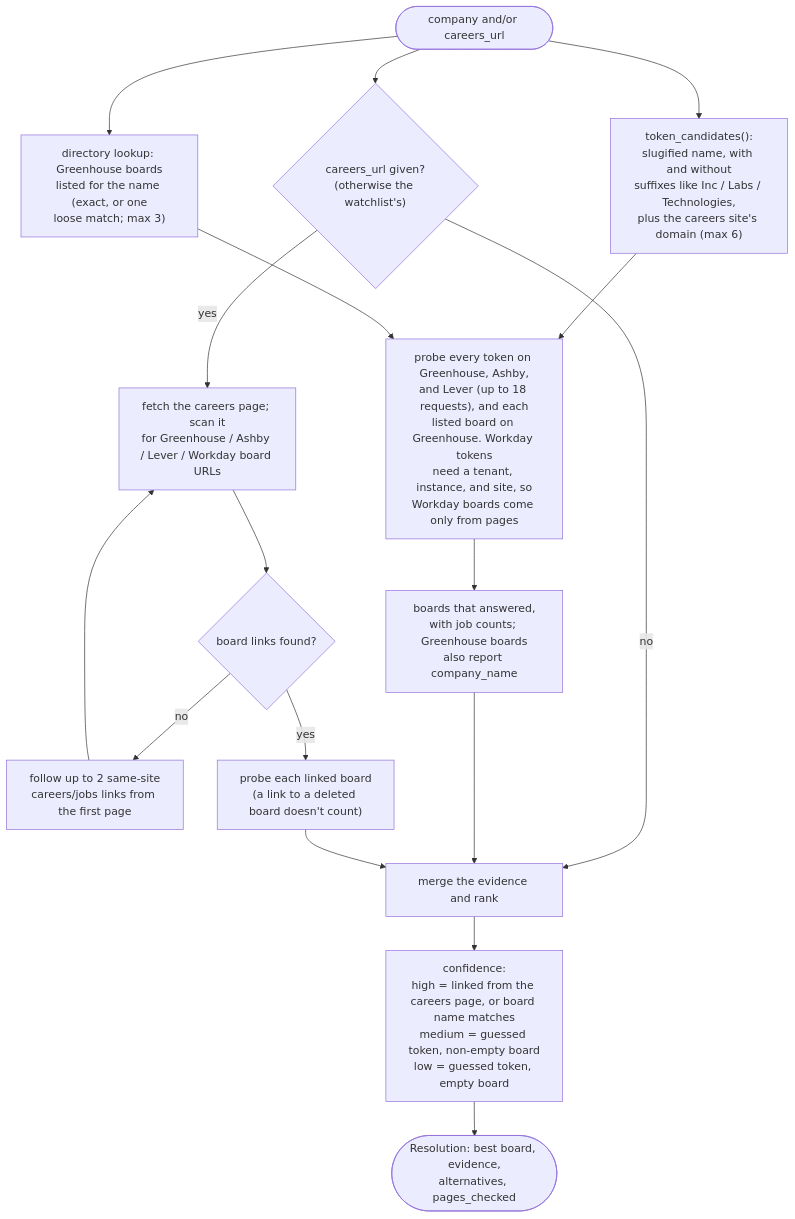
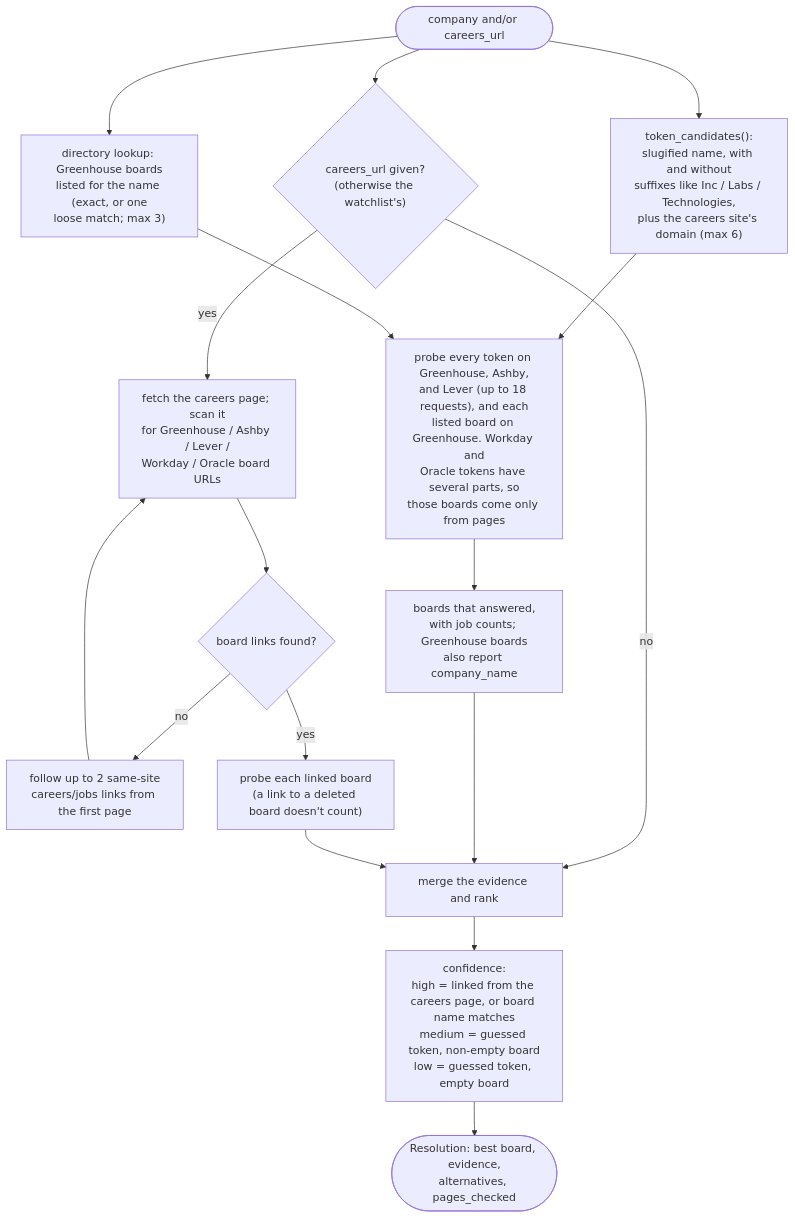
Before and after one commit to HakujouRyu/jobboard-mcp: the fifth of 7 diagrams in docs/architecture.md, drawn with Mermaid. The commit also changed other lines of this file and 24 other files, not shown here.

````diff
--- a/docs/architecture.md
+++ b/docs/architecture.md
@@ -268,21 +268,21 @@
 ```mermaid
 flowchart TD
     in(["company and/or careers_url"]) --> tokens["token_candidates():<br/>slugified name, with and without<br/>suffixes like Inc / Labs / Technologies,<br/>plus the careers site's domain (max 6)"]
     in --> page{"careers_url given?<br/>(otherwise the watchlist's)"}
     in --> listed["directory lookup: Greenhouse boards<br/>listed for the name (exact, or one<br/>loose match; max 3)"]
 
-    tokens --> probe["probe every token on Greenhouse, Ashby,<br/>and Lever (up to 18 requests), and each<br/>listed board on Greenhouse. Workday tokens<br/>need a tenant, instance, and site, so<br/>Workday boards come only from pages"]
+    tokens --> probe["probe every token on Greenhouse, Ashby,<br/>and Lever (up to 18 requests), and each<br/>listed board on Greenhouse. Workday and<br/>Oracle tokens have several parts, so<br/>those boards come only from pages"]
     listed --> probe
     probe --> answered["boards that answered,<br/>with job counts; Greenhouse boards<br/>also report company_name"]
 
-    page -- yes --> scan["fetch the careers page; scan it<br/>for Greenhouse / Ashby / Lever / Workday board URLs"]
+    page -- yes --> scan["fetch the careers page; scan it<br/>for Greenhouse / Ashby / Lever /<br/>Workday / Oracle board URLs"]
     scan --> refs{"board links found?"}
     refs -- no --> follow["follow up to 2 same-site<br/>careers/jobs links from the first page"] --> scan
     refs -- yes --> verify["probe each linked board<br/>(a link to a deleted board doesn't count)"]
     page -- no --> merge
 
     answered --> merge["merge the evidence and rank"]
     verify --> merge
     merge --> conf["confidence:<br/>high = linked from the careers page, or board name matches<br/>medium = guessed token, non-empty board<br/>low = guessed token, empty board"]
     conf --> out(["Resolution: best board, evidence,<br/>alternatives, pages_checked"])
 ```
````
